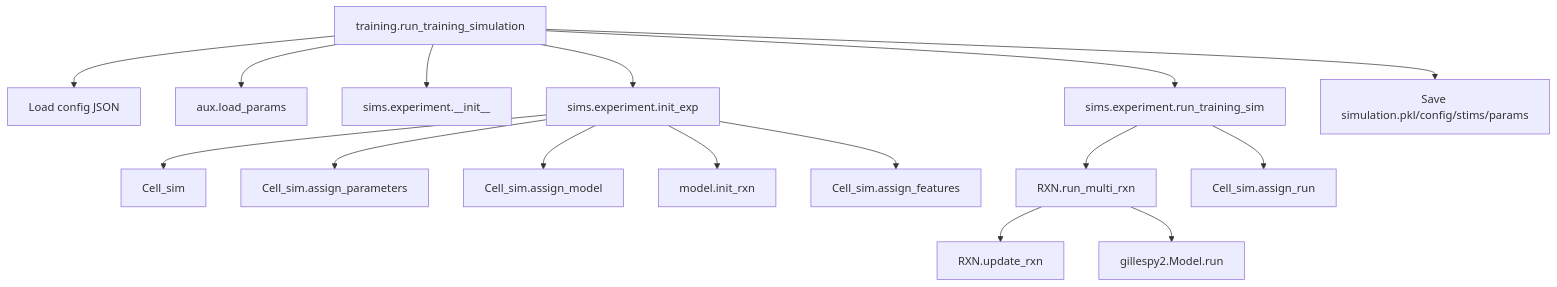
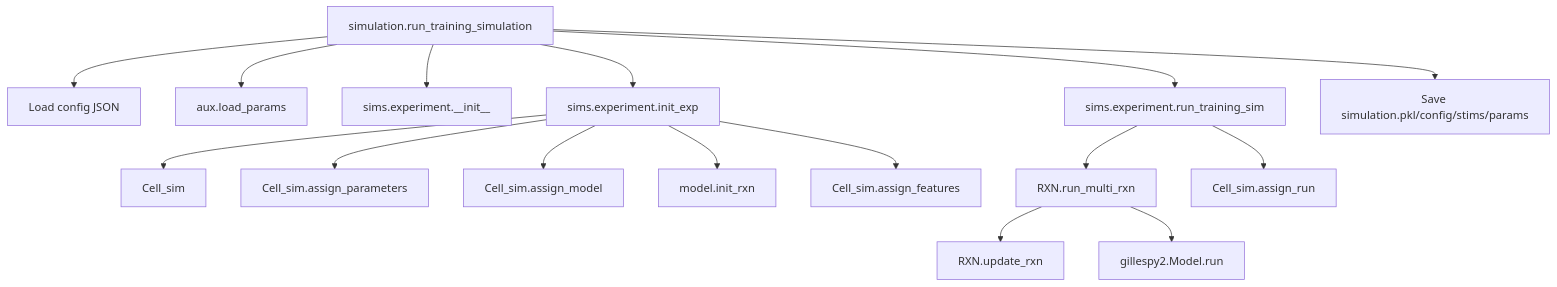
One commit to mhossein7/aisam changed the third of 4 diagrams in README.md. Above: the diagram before and after it, drawn with Mermaid. The commit also changed other lines of this file and 9 other files, not shown here.

````diff
--- a/README.md
+++ b/README.md
@@ -194,41 +204,41 @@
 ```mermaid
 graph TD
-    run_cli[training.run_training_simulation]
+    run_cli[simulation.run_training_simulation]
 
     load_cfg[Load config JSON]
     load_params[aux.load_params]
 
     exp_init[sims.experiment.__init__]
     init_exp[sims.experiment.init_exp]
     run_train[sims.experiment.run_training_sim]
     save_outputs[Save simulation.pkl/config/stims/params]
 
     cell_ctor[Cell_sim]
     assign_params[Cell_sim.assign_parameters]
     assign_model[Cell_sim.assign_model]
     model_init[model.init_rxn]
     assign_features[Cell_sim.assign_features]
 
     run_multi[RXN.run_multi_rxn]
     update_rxn[RXN.update_rxn]
     gilles_run[gillespy2.Model.run]
     assign_run[Cell_sim.assign_run]
 
     run_cli --> load_cfg
     run_cli --> load_params
     run_cli --> exp_init
     run_cli --> init_exp
     run_cli --> run_train
     run_cli --> save_outputs
 
     init_exp --> cell_ctor
     init_exp --> assign_params
     init_exp --> assign_model
     init_exp --> model_init
     init_exp --> assign_features
 
     run_train --> run_multi
     run_multi --> update_rxn
     run_multi --> gilles_run
     run_train --> assign_run
 ```
````
